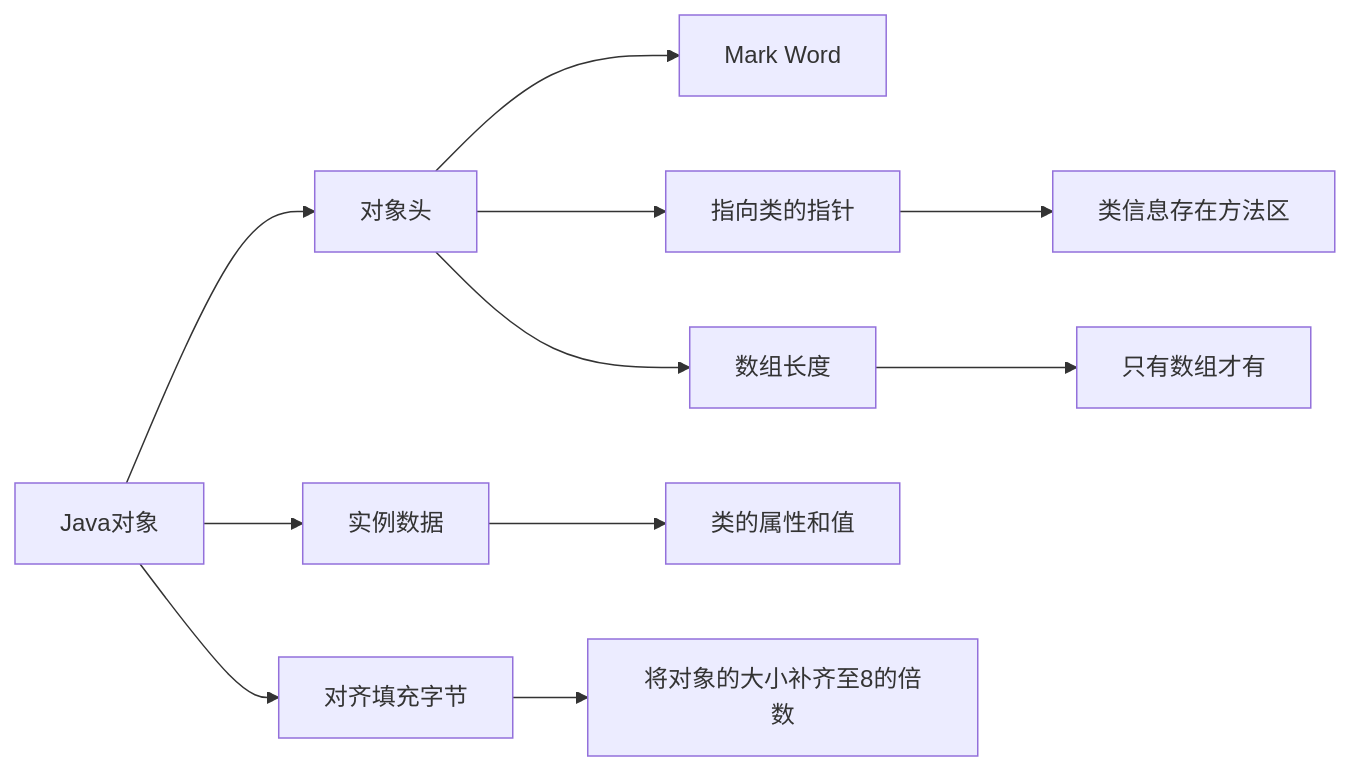
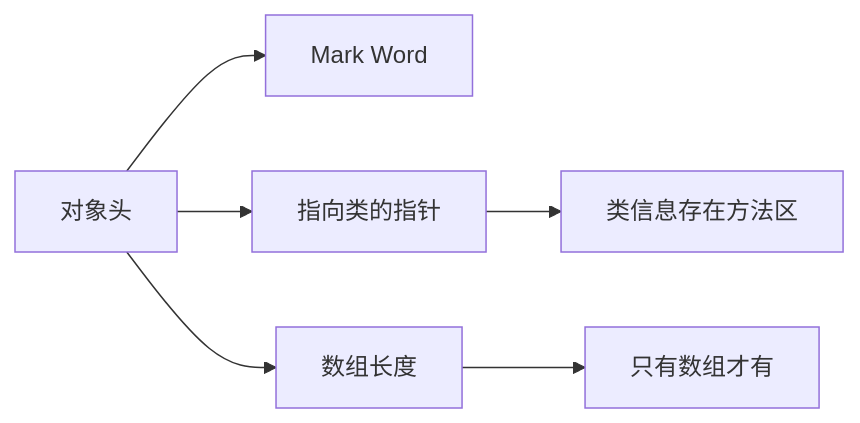
The second of 4 diagrams in Java/Job/求职-面试题-多线程并发.md (namelessmyth/beFreeCoder), drawn with Mermaid before and after one commit. The commit also changed other lines of this file and 6 other files, not shown here.

````diff
--- a/Java/Job/求职-面试题-多线程并发.md
+++ b/Java/Job/求职-面试题-多线程并发.md
@@ -709,13 +879,9 @@
 ```mermaid
 graph LR
-1[Java对象] --> 1.1[对象头]
+1.1[对象头]
 1.1 --> 1.1.1[Mark Word] 
 1.1 --> 1.1.2[指向类的指针]
 1.1.2 --> 1.1.2.1[类信息存在方法区]
 1.1 --> 1.1.3[数组长度]
 1.1.3 --> 1.1.3.1[只有数组才有]
-1 --> 1.2[实例数据]
-1 --> 1.3[对齐填充字节]
-1.2 --> 1.2.1[类的属性和值]
-1.3 --> 1.3.1[将对象的大小补齐至8的倍数]
 ```
````
